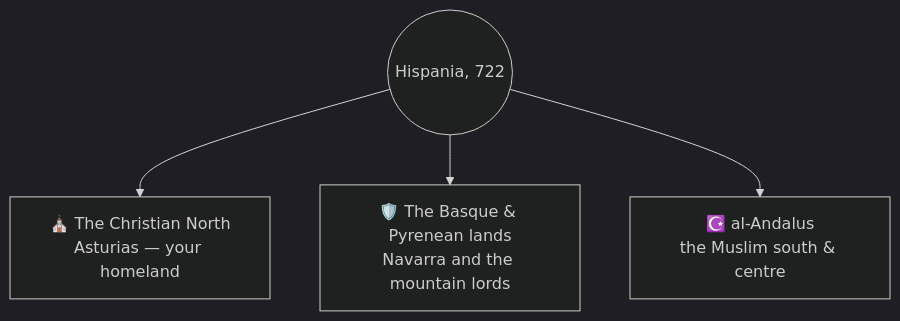
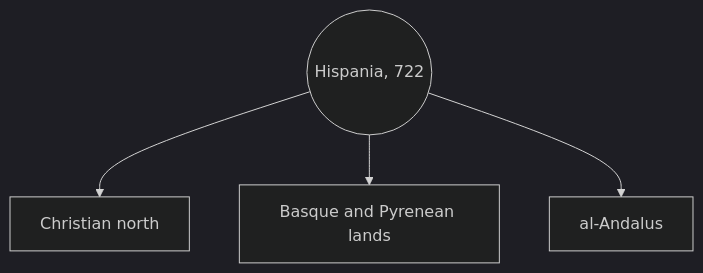
The first of 2 diagrams in content/world/The Geography of Hispania.md (kroryan/Quartz-HispaniaBeta), drawn with Mermaid (dark theme) before and after one commit. The commit also changed other lines of this file and 35 other files, not shown here.

````diff
--- a/content/world/The Geography of Hispania.md
+++ b/content/world/The Geography of Hispania.md
@@ -18,7 +20,7 @@
 ```mermaid
 flowchart TD
     H((Hispania, 722))
-    H --> N[⛪ The Christian North<br/>Asturias — your homeland]
-    H --> B[🛡️ The Basque & Pyrenean lands<br/>Navarra and the mountain lords]
-    H --> A[☪️ al-Andalus<br/>the Muslim south & centre]
+    H --> N[Christian north]
+    H --> P[Basque and Pyrenean lands]
+    H --> A[al-Andalus]
 ```
````
